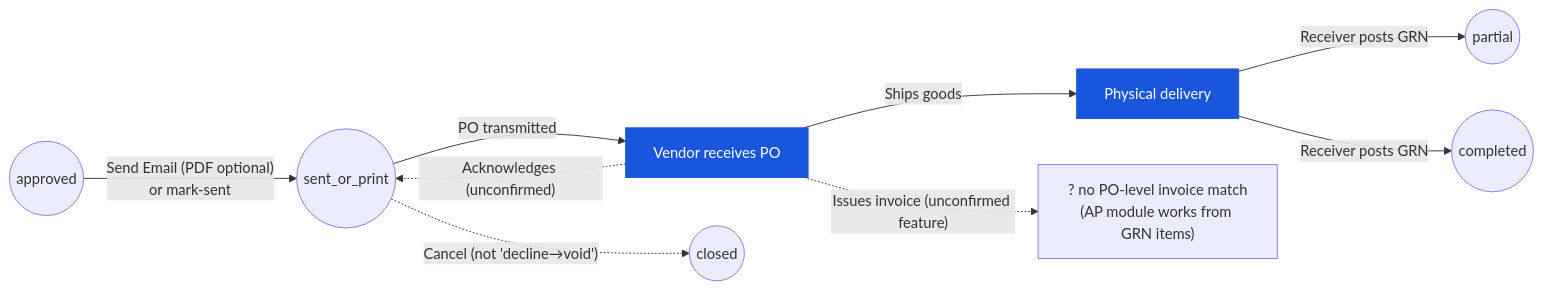
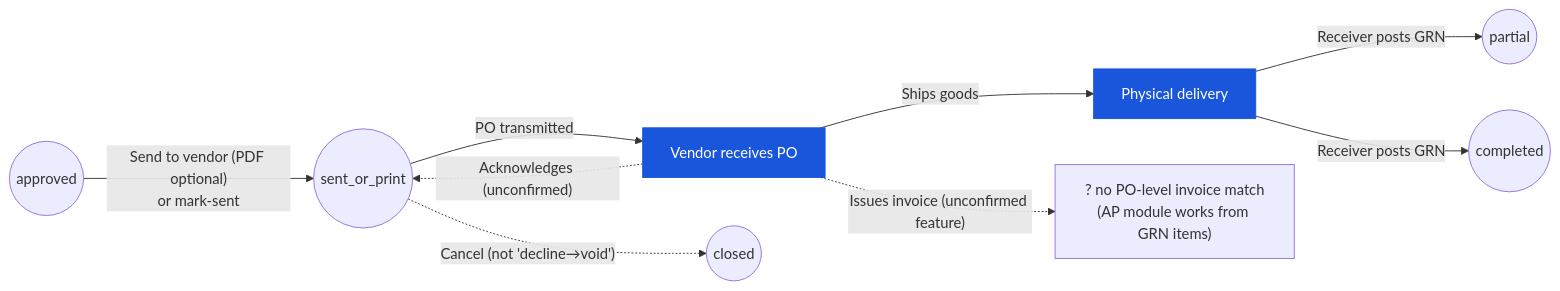
The diagram in en/inventory/purchase-order/03-user-flow-vendor.md (CarmenSoftware-organization/carmen-wiki), drawn with Mermaid before and after one commit. The commit also changed other lines of this file and 35 other files, not shown here.

````diff
--- a/en/inventory/purchase-order/03-user-flow-vendor.md
+++ b/en/inventory/purchase-order/03-user-flow-vendor.md
@@ -23,12 +23,12 @@
 ```mermaid
 graph LR
-    approved(("approved")) -->|"Send Email (PDF optional)<br/>or mark-sent"| sent(("sent_or_print"))
+    approved(("approved")) -->|"Send to vendor (PDF optional)<br/>or mark-sent"| sent(("sent_or_print"))
     sent -->|"PO transmitted"| vendor["Vendor receives PO"]:::current
     vendor -.->|"Acknowledges (unconfirmed)"| sent
     vendor -->|"Ships goods"| recv["Physical delivery"]:::current
     recv -->|"Receiver posts GRN"| partial(("partial"))
     recv -->|"Receiver posts GRN"| completed(("completed"))
     vendor -.->|"Issues invoice (unconfirmed feature)"| inv["? no PO-level invoice match<br/>(AP module works from GRN items)"]
     sent -.->|"Cancel (not 'decline→void')"| closed(("closed"))
     classDef current fill:#1a56db,color:#fff,stroke:#1a56db;
 ```
````
